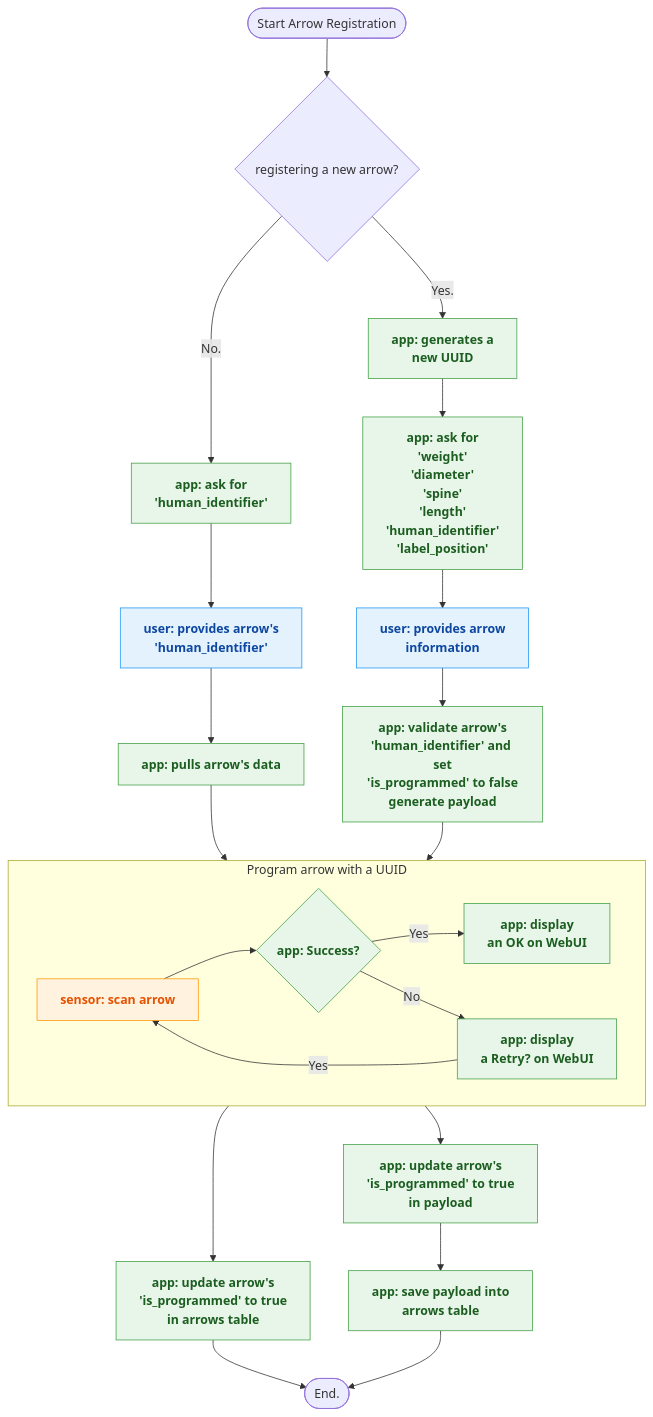
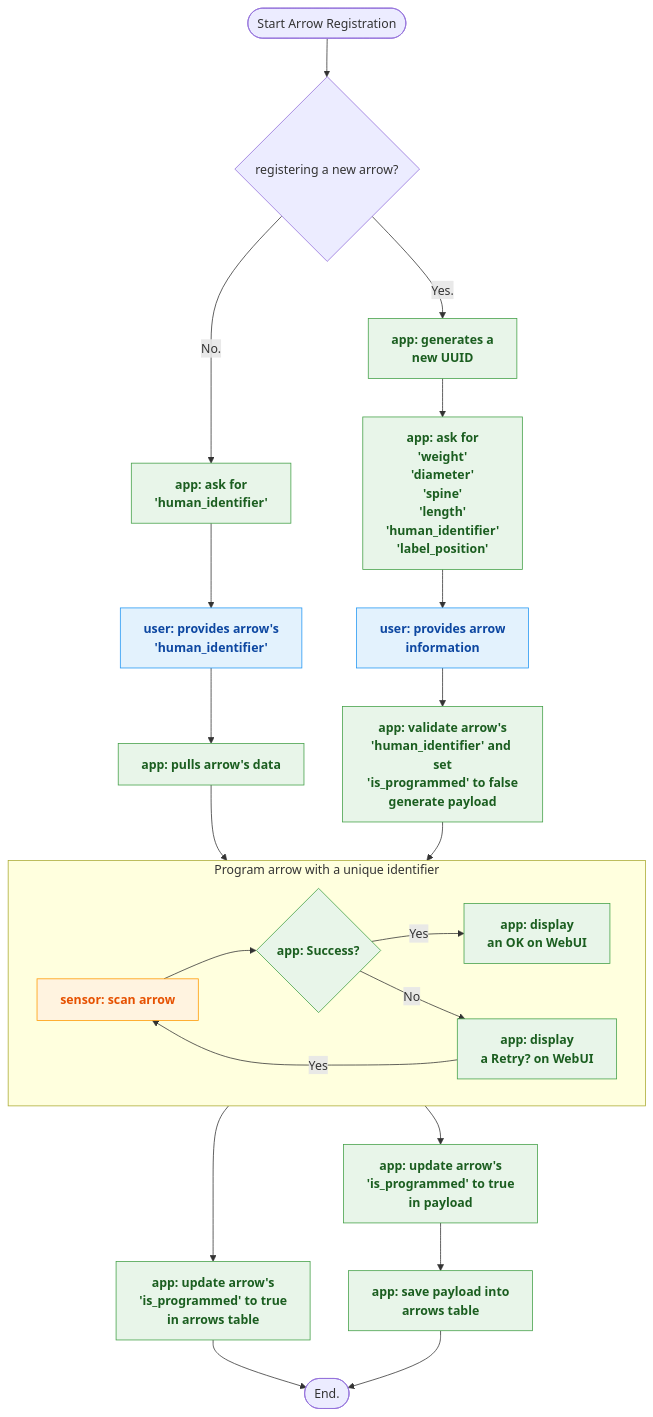
The first of 2 diagrams in README.md (jpmolinamatute/arch-stats), drawn with Mermaid before and after one commit. The commit also changed other lines of this file and 13 other files, not shown here.

````diff
--- a/README.md
+++ b/README.md
@@ -30,50 +59,50 @@
 ```mermaid
     flowchart TB
     classDef user fill:#e3f2fd,stroke:#2196f3,color:#0d47a1,font-weight:bold;
     classDef app fill:#e8f5e9,stroke:#43a047,color:#1b5e20,font-weight:bold;
     classDef sensor fill:#fff3e0,stroke:#ff9800,color:#e65100,font-weight:bold;
     classDef subgraphStyle fill:#f9f9f9,stroke:#cccccc,color:#444;
 
     START(["Start Arrow Registration"])
     Q1{"registering a new arrow?"}
     R1["app: generates a<br />new UUID"]:::app
     F1["app: ask for<br />'human_identifier'"]:::app
     U1["user: provides arrow's<br />'human_identifier'"]:::user
     F2["app: ask for<br />'weight'<br />'diameter'<br />'spine'<br />'length'<br />'human_identifier'<br />'label_position'"]:::app
     R2["app: pulls arrow's data"]:::app
     U2["user: provides arrow<br />information"]:::user
     S1["app: validate arrow's<br />'human_identifier' and set<br />'is_programmed' to false<br />generate payload"]:::app
     S2["app: update arrow's<br />'is_programmed' to true<br />in arrows table"]:::app
     S3["app: update arrow's<br />'is_programmed' to true<br />in payload"]:::app
     S4["app: save payload into<br />arrows table"]:::app
     END1(["End."])
-    subgraph PROGRAM["Program arrow with a UUID"]
+    subgraph PROGRAM["Program arrow with a unique identifier"]
         class PROGRAM subgraphStyle;
         SCAN["sensor: scan arrow"]:::sensor
         VERIFY{"app: Success?"}:::app
         SUCCESS["app: display<br />an OK on WebUI"]:::app
         FAIL["app:  display<br />a Retry? on WebUI"]:::app
         SCAN --> VERIFY
         VERIFY -->|Yes| SUCCESS
         VERIFY -->|No| FAIL
         FAIL -->|Yes| SCAN
     end
 
     START --> Q1
     Q1 -->|Yes.|R1
     Q1 -->|No.|F1
 
     R1 --> F2
     F1 --> U1
     U1 --> R2
     
     R2 --> PROGRAM
     F2 --> U2
     U2 --> S1
     PROGRAM --> S2
     S2 --> END1
     S1 --> PROGRAM
     PROGRAM --> S3
     S3 --> S4
     S4 --> END1
 ```
````
